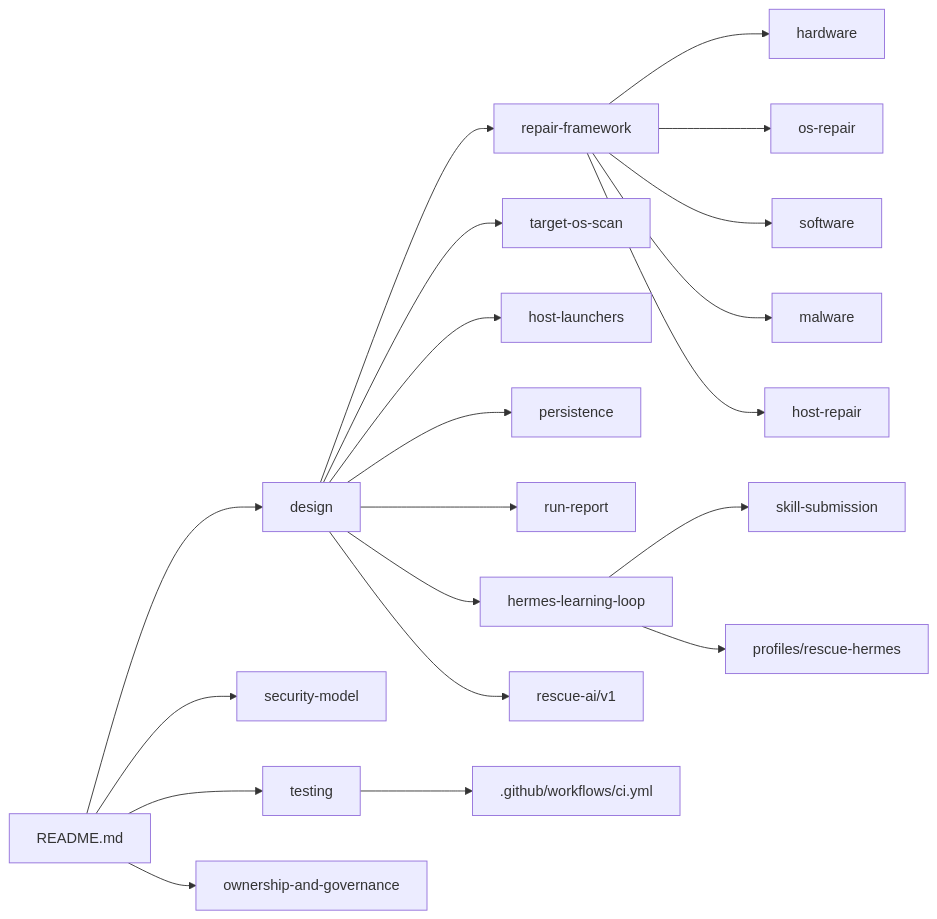
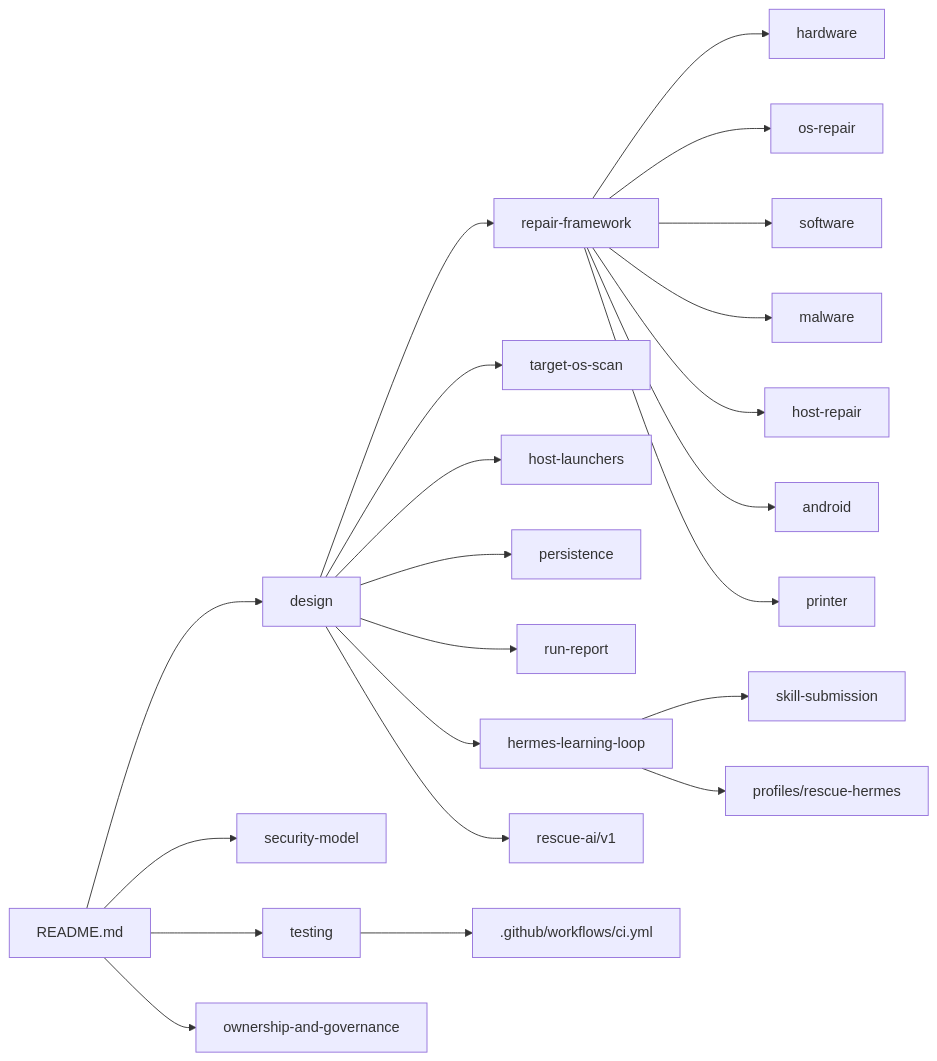
One commit to ahliweb/linux-mint-xfce-rescue-ai changed the seventh of 7 diagrams in README.md. Above: the diagram before and after it, drawn with Mermaid. The commit also changed other lines of this file and 5 other files, not shown here.

Commit message:
release: 0.6.0 - USB field fixes, Android and printer targets

````diff
--- a/README.md
+++ b/README.md
@@ -232,22 +239,24 @@
 ```mermaid
 flowchart LR
     README[README.md] --> DESIGN[design]
     README --> SEC[security-model]
     README --> TEST[testing]
     README --> GOV[ownership-and-governance]
     DESIGN --> REP[repair-framework]
     REP --> HW[hardware]
     REP --> OS[os-repair]
     REP --> SW[software]
     REP --> MW[malware]
     REP --> HR[host-repair]
+    REP --> AND[android]
+    REP --> PRN[printer]
     DESIGN --> TS[target-os-scan]
     DESIGN --> HL[host-launchers]
     DESIGN --> PER[persistence]
     DESIGN --> RR[run-report]
     DESIGN --> LOOP[hermes-learning-loop]
     LOOP --> SS[skill-submission]
     LOOP --> PROF[profiles/rescue-hermes]
     DESIGN --> SCHEMA[rescue-ai/v1]
     TEST --> CI[.github/workflows/ci.yml]
 ```
````
